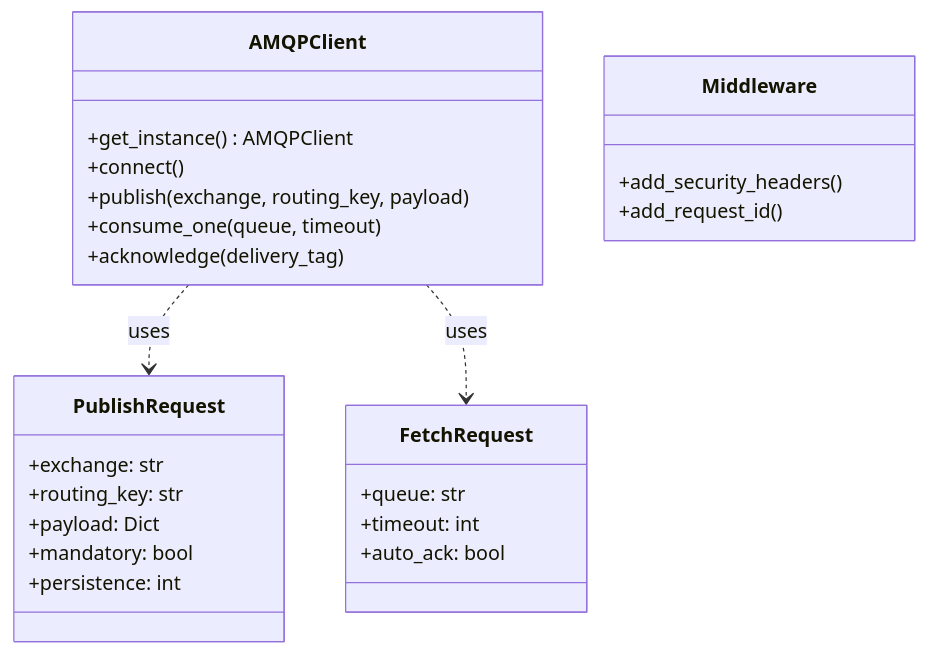
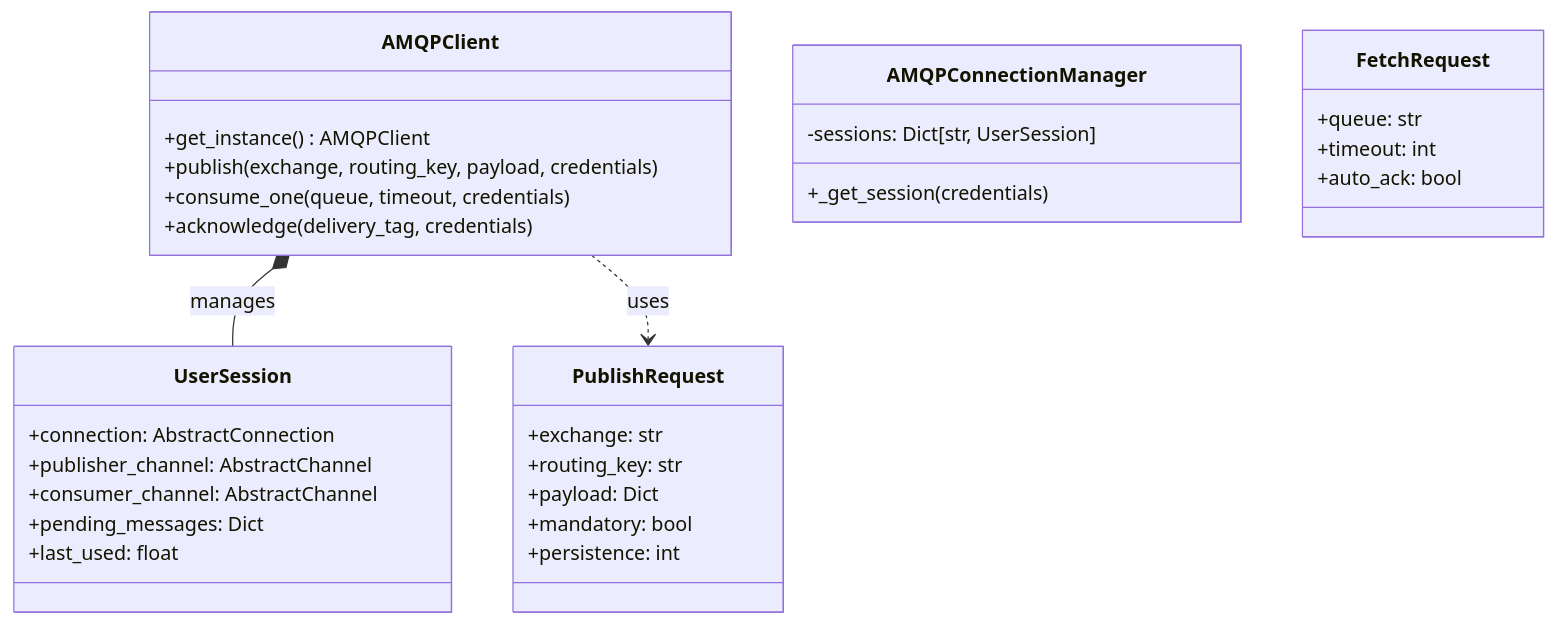
Before and after one commit to maximsamokhval/HTTPtoAMQPBridgeMiddleware: the first of 2 diagrams in README.md, drawn with Mermaid. The commit also changed other lines of this file and 6 other files, not shown here.

First line of the commit message:
refactor: implement per-user authentication and connection pooling

````diff
--- a/README.md
+++ b/README.md
@@ -64,32 +65,39 @@
 ```mermaid
 classDiagram
     class AMQPClient {
         +get_instance() AMQPClient
-        +connect()
-        +publish(exchange, routing_key, payload)
-        +consume_one(queue, timeout)
-        +acknowledge(delivery_tag)
+        +publish(exchange, routing_key, payload, credentials)
+        +consume_one(queue, timeout, credentials)
+        +acknowledge(delivery_tag, credentials)
     }
     
+    class UserSession {
+        +connection: AbstractConnection
+        +publisher_channel: AbstractChannel
+        +consumer_channel: AbstractChannel
+        +pending_messages: Dict
+        +last_used: float
+    }
+
+    class AMQPConnectionManager {
+        -sessions: Dict[str, UserSession]
+        +_get_session(credentials)
+    }
+
     class PublishRequest {
         +exchange: str
         +routing_key: str
         +payload: Dict
         +mandatory: bool
         +persistence: int
     }
     
     class FetchRequest {
         +queue: str
         +timeout: int
         +auto_ack: bool
     }
 
-    class Middleware {
-        +add_security_headers()
-        +add_request_id()
-    }
-
+    AMQPClient *-- UserSession : manages
     AMQPClient ..> PublishRequest : uses
-    AMQPClient ..> FetchRequest : uses
 ```
````
